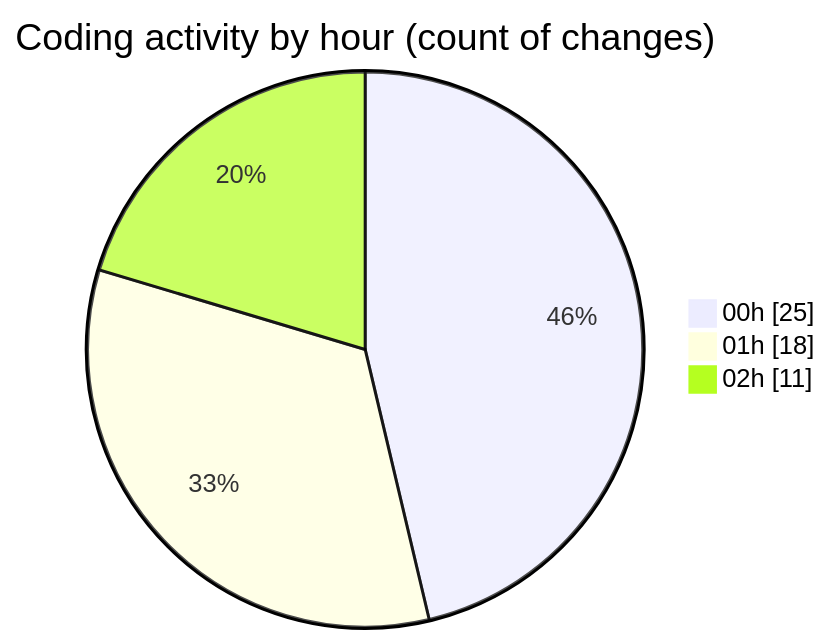
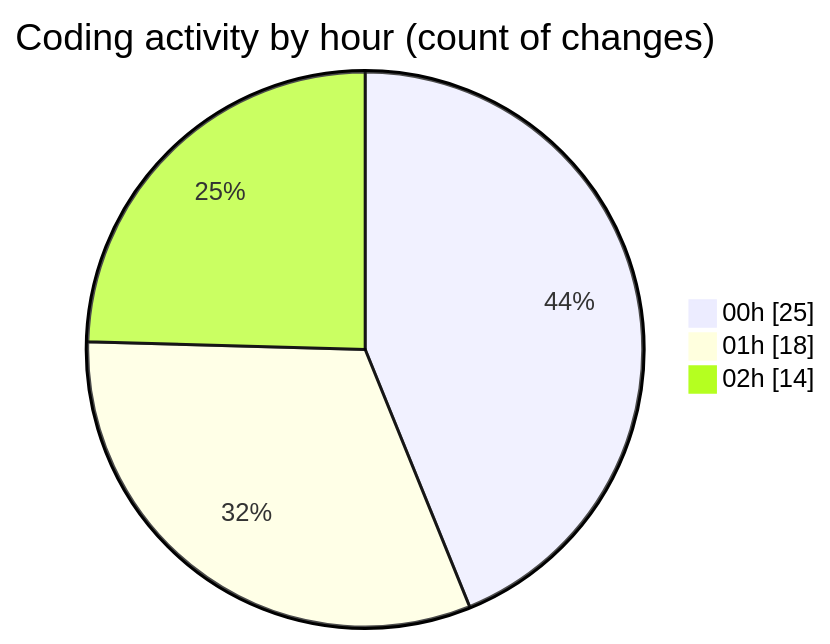
One commit to EIIisD/code-tracking changed the second of 2 diagrams in 2025-07-18/ribbon/README.md. Above: the diagram before and after it, drawn with Mermaid. The commit also changed other lines of this file and 1 other file, not shown here.

````diff
--- a/2025-07-18/ribbon/README.md
+++ b/2025-07-18/ribbon/README.md
@@ -37,7 +37,7 @@
 ```mermaid
 pie showData
 title Coding activity by hour (count of changes)
 "00h" : 25
 "01h" : 18
-"02h" : 11
+"02h" : 14
 ```
````
